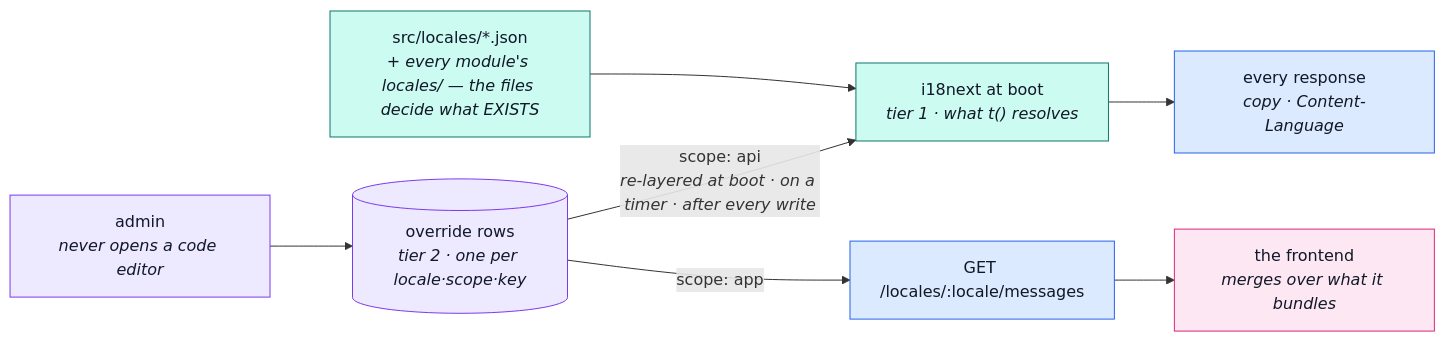
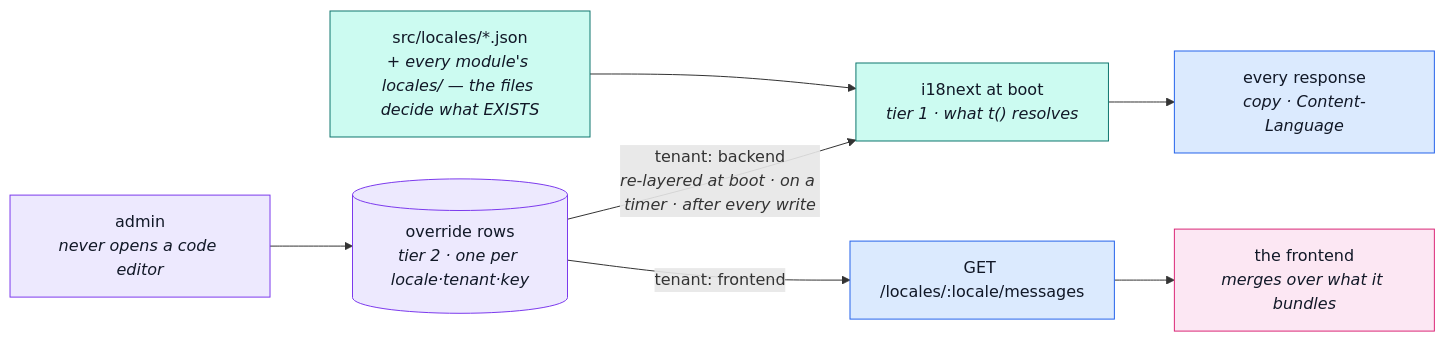
The diagram in docs/modules/locales.md (Guebbit/boilerplate-node-backend), drawn with Mermaid before and after one commit. The commit also changed other lines of this file and 10 other files, not shown here.

````diff
--- a/docs/modules/locales.md
+++ b/docs/modules/locales.md
@@ -57,19 +59,19 @@
 ```mermaid
 %%{init: {'flowchart': {'nodeSpacing': 28, 'rankSpacing': 60}}}%%
 flowchart LR
     F["src/locales/*.json<br/><i>+ every module's locales/ — the files decide what EXISTS</i>"] --> I["i18next at boot<br/><i>tier 1 · what t() resolves</i>"]
-    AD["admin<br/><i>never opens a code editor</i>"] --> DB[("override rows<br/><i>tier 2 · one per locale·scope·key</i>")]
-    DB -->|"scope: api<br/><i>re-layered at boot · on a timer · after every write</i>"| I
-    DB -->|"scope: app"| HT["GET /locales/:locale/messages"]
+    AD["admin<br/><i>never opens a code editor</i>"] --> DB[("override rows<br/><i>tier 2 · one per locale·tenant·key</i>")]
+    DB -->|"tenant: backend<br/><i>re-layered at boot · on a timer · after every write</i>"| I
+    DB -->|"tenant: frontend"| HT["GET /locales/:locale/messages"]
     HT --> FE["the frontend<br/><i>merges over what it bundles</i>"]
     I --> RS["every response<br/><i>copy · Content-Language</i>"]
 
     classDef files fill:#ccfbf1,stroke:#0f766e,color:#111827;
     classDef rows fill:#ede9fe,stroke:#7c3aed,color:#111827;
     classDef sink fill:#dbeafe,stroke:#2563eb,color:#111827;
     classDef ui fill:#fce7f3,stroke:#db2777,color:#111827;
     class F,I files;
     class AD,DB rows;
     class HT,RS sink;
     class FE ui;
 ```
````
